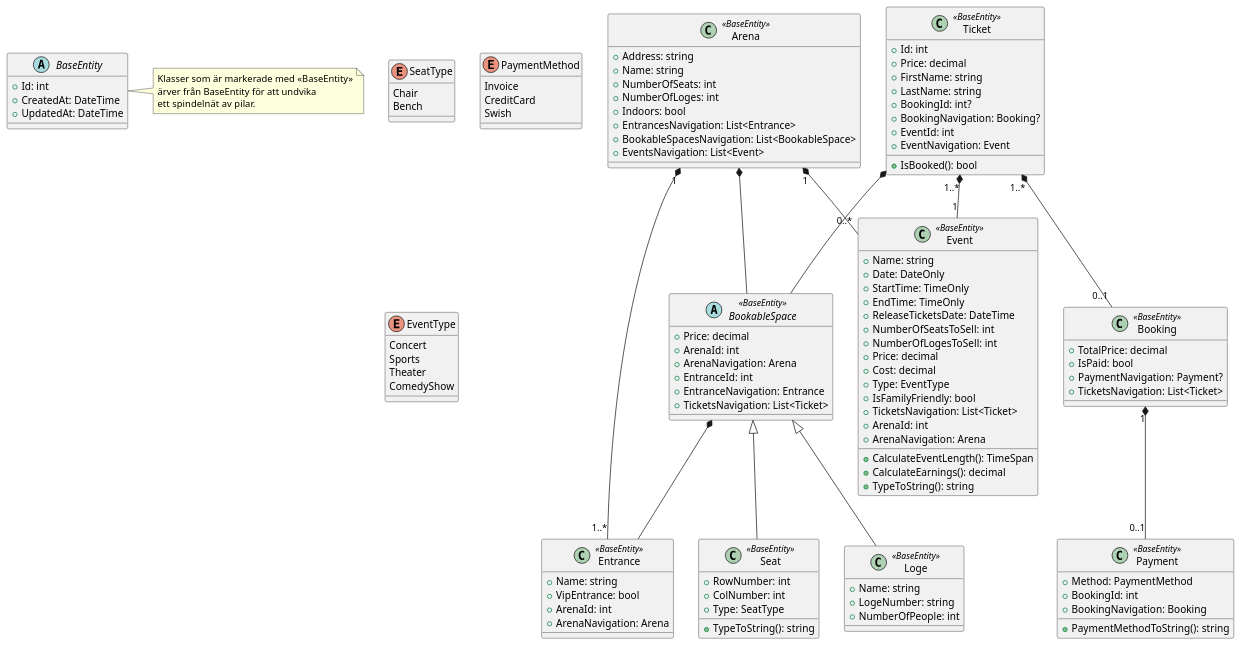
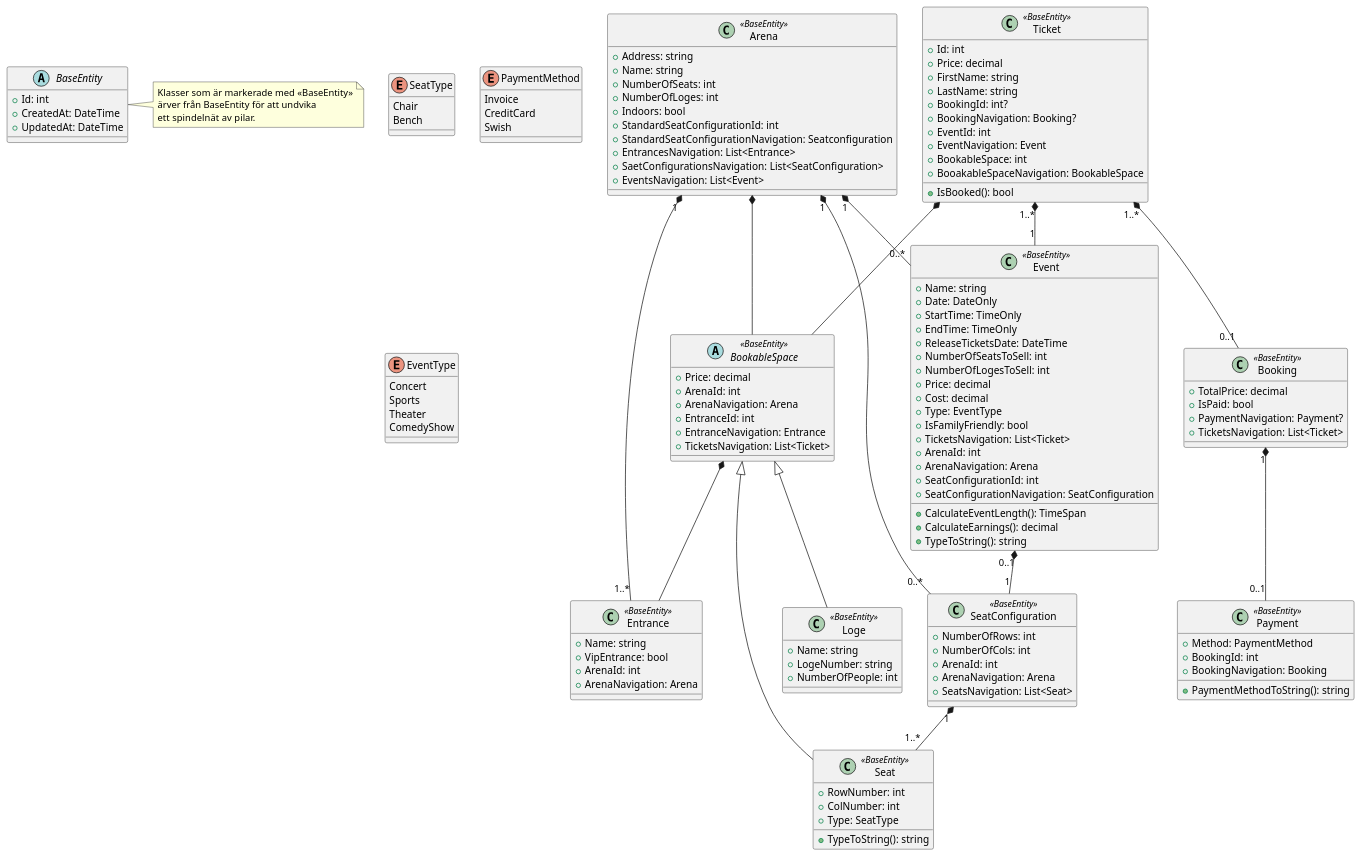
One commit to Mossberg1/ObjektOrienteradDesignBiljettShoppen changed the diagram in uml.puml. Above: the diagram before and after it, drawn with PlantUML.

Commit message:
Skapat ny uml design, lagt till SeatConfiguration.

```diff
--- a/uml.puml
+++ b/uml.puml
@@ -1,131 +1,149 @@
 @startuml
 
 enum SeatType {
     Chair
     Bench
 }
 
 enum PaymentMethod {
     Invoice
     CreditCard
     Swish
 }
 
 enum EventType {
     Concert
     Sports
     Theater
     ComedyShow
 }
 
 abstract class BaseEntity {
     + Id: int
     + CreatedAt: DateTime
     + UpdatedAt: DateTime
 }
 
 note right of BaseEntity
   Klasser som är markerade med <<BaseEntity>>
   ärver från BaseEntity för att undvika
   ett spindelnät av pilar.
 end note
 
 abstract class BookableSpace <<BaseEntity>> {
     + Price: decimal
     + ArenaId: int
     + ArenaNavigation: Arena
     + EntranceId: int
     + EntranceNavigation: Entrance
     + TicketsNavigation: List<Ticket>
 }
 
 class Arena <<BaseEntity>> {
     + Address: string
     + Name: string
     + NumberOfSeats: int
     + NumberOfLoges: int
     + Indoors: bool
+    + StandardSeatConfigurationId: int
+    + StandardSeatConfigurationNavigation: Seatconfiguration
     + EntrancesNavigation: List<Entrance> 
-    + BookableSpacesNavigation: List<BookableSpace>
+    + SaetConfigurationsNavigation: List<SeatConfiguration>
     + EventsNavigation: List<Event>
+}
+
+class SeatConfiguration <<BaseEntity>> {
+    + NumberOfRows: int
+    + NumberOfCols: int
+    + ArenaId: int
+    + ArenaNavigation: Arena
+    + SeatsNavigation: List<Seat>
 }
 
 class Entrance <<BaseEntity>> {
     + Name: string
     + VipEntrance: bool
     + ArenaId: int 
     + ArenaNavigation: Arena 
 }
 
 class Event <<BaseEntity>> {
     + Name: string
     + Date: DateOnly
     + StartTime: TimeOnly
     + EndTime: TimeOnly
     + ReleaseTicketsDate: DateTime
     + NumberOfSeatsToSell: int
     + NumberOfLogesToSell: int
     + Price: decimal
     + Cost: decimal
     + Type: EventType
     + IsFamilyFriendly: bool 
     + TicketsNavigation: List<Ticket> 
     + ArenaId: int 
     + ArenaNavigation: Arena
+    + SeatConfigurationId: int
+    + SeatConfigurationNavigation: SeatConfiguration
     + CalculateEventLength(): TimeSpan
     + CalculateEarnings(): decimal
     + TypeToString(): string
 }
 
 class Ticket <<BaseEntity>> {
     + Id: int
     + Price: decimal
     + FirstName: string
     + LastName: string
     + BookingId: int? 
     + BookingNavigation: Booking? 
     + EventId: int 
     + EventNavigation: Event
+    + BookableSpace: int
+    + BooakableSpaceNavigation: BookableSpace
     + IsBooked(): bool
 }
 
 class Seat <<BaseEntity>>{
     + RowNumber: int
     + ColNumber: int
     + Type: SeatType
     + TypeToString(): string 
 }
 
 class Loge <<BaseEntity>> { 
     + Name: string
     + LogeNumber: string
     + NumberOfPeople: int
 }
 
 class Booking <<BaseEntity>> {
     + TotalPrice: decimal
     + IsPaid: bool
     + PaymentNavigation: Payment? 
     + TicketsNavigation: List<Ticket>
 }
 
 class Payment <<BaseEntity>> {
     + Method: PaymentMethod
     + BookingId: int
     + BookingNavigation: Booking 
     + PaymentMethodToString(): string
 }
 
 Arena "1" *-- "0..*" Event
 Arena *-- BookableSpace
 BookableSpace *-- Entrance
 Arena "1" *-- "1..*" Entrance
 Ticket "1..*" *-- "0..1" Booking
 Booking "1" *-- "0..1" Payment
 Ticket "1..*" *-- "1"  Event
 
 BookableSpace <|-- Seat
 BookableSpace <|-- Loge
 Ticket *-- BookableSpace
 
+SeatConfiguration "1" *-- "1..*" Seat
+Arena "1" *-- "0..*" SeatConfiguration
+Event "0..1" *-- "1" SeatConfiguration
+
 @enduml
```
